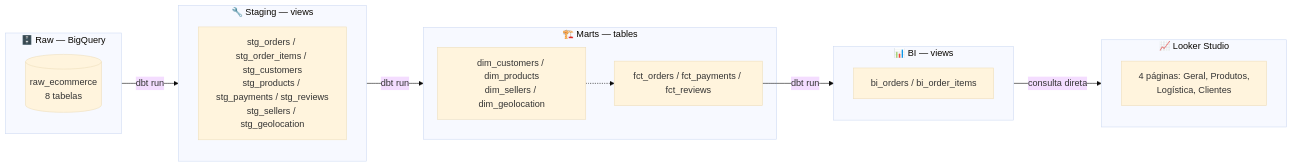
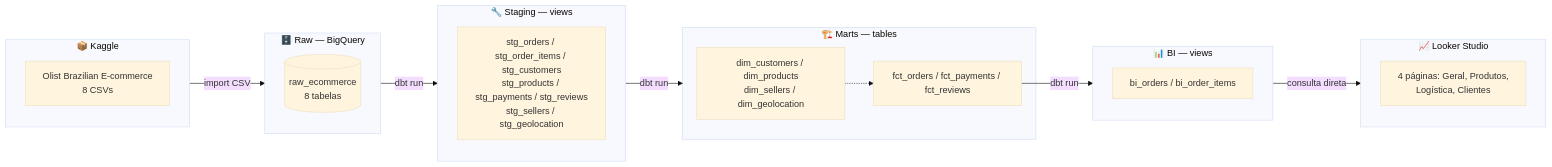
Before and after one commit to fsemeneze/raw_ecommerce: the diagram in README.md, drawn with Mermaid (base theme). The commit also changed other lines of this file, not shown here.

Commit message:
Adiciona Kaggle como fonte no diagrama de arquitetura

````diff
--- a/README.md
+++ b/README.md
@@ -7,29 +7,34 @@
 ```mermaid
 flowchart LR
+    subgraph Source["📦 Kaggle"]
+        K["Olist Brazilian E-commerce<br/>8 CSVs"]
+    end
+
     subgraph Raw["🗄️ Raw — BigQuery"]
         R[(raw_ecommerce<br/>8 tabelas)]
     end
 
     subgraph Staging["🔧 Staging — views"]
         S["stg_orders / stg_order_items / stg_customers<br/>stg_products / stg_payments / stg_reviews<br/>stg_sellers / stg_geolocation"]
     end
 
     subgraph Marts["🏗️ Marts — tables"]
         D["dim_customers / dim_products<br/>dim_sellers / dim_geolocation"]
         F["fct_orders / fct_payments / fct_reviews"]
     end
 
     subgraph BI["📊 BI — views"]
         B["bi_orders / bi_order_items"]
     end
 
     subgraph Dashboard["📈 Looker Studio"]
         L["4 páginas: Geral, Produtos,<br/>Logística, Clientes"]
     end
 
+    Source -->|"import CSV"| Raw
     Raw -->|"dbt run"| Staging
     Staging -->|"dbt run"| Marts
     D -.-> F
     F -->|"dbt run"| BI
     BI -->|"consulta direta"| Dashboard
 ```
````
